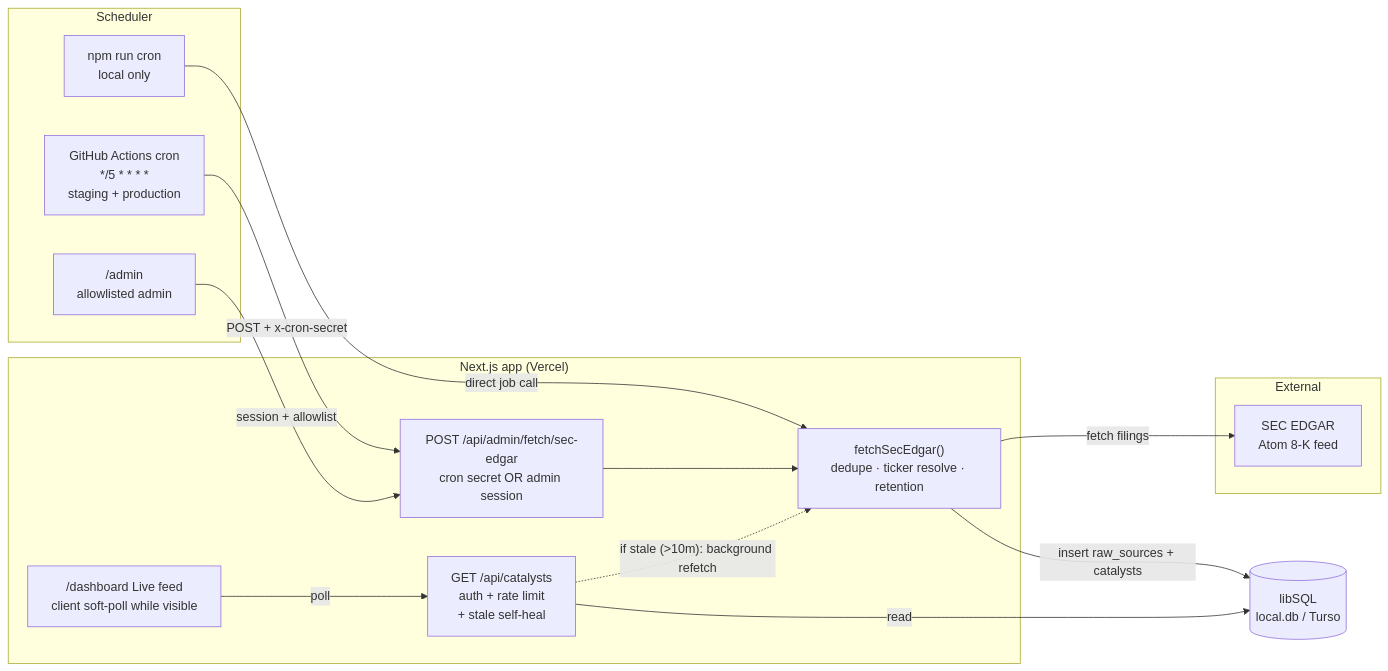
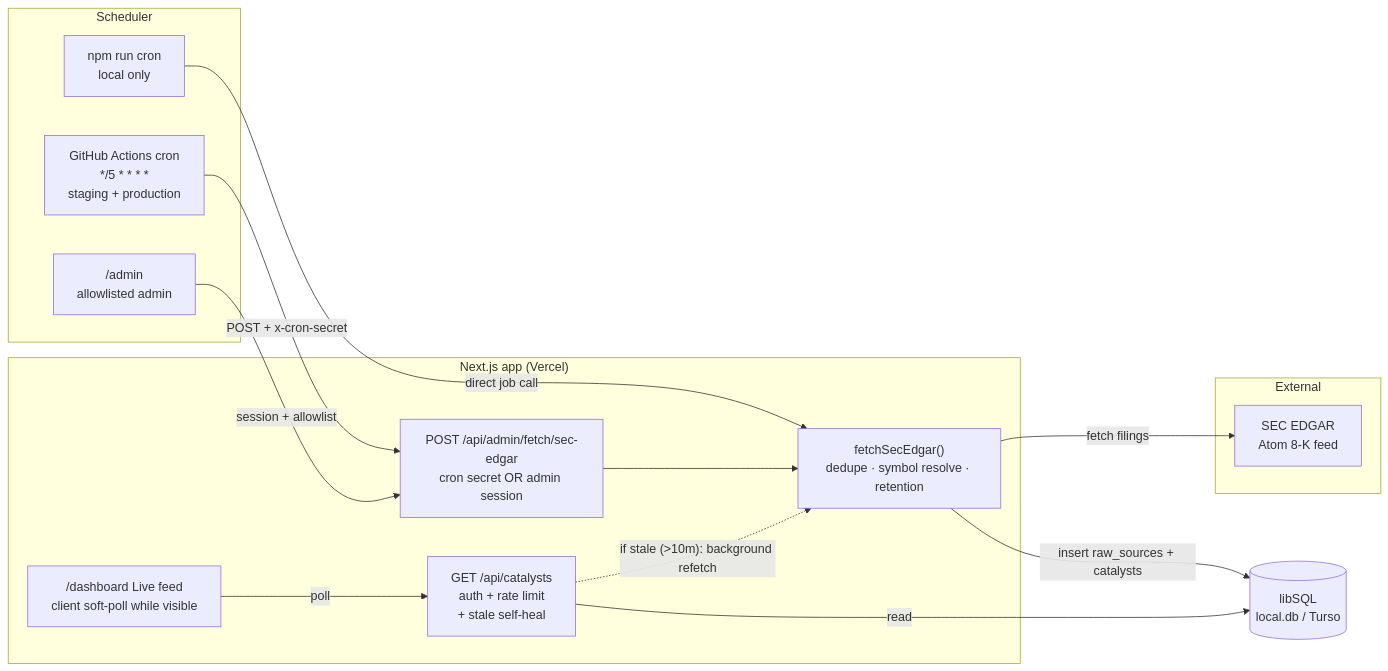
Before and after one commit to catalystintel/catalyst-intel: the first of 4 diagrams in docs/research/Catalyst-Intel-Architecture-Flow.md, drawn with Mermaid. The commit also changed other lines of this file and 100 other files, not shown here.

First line of the commit message:
refactor: use symbol instead of ticker as product terminology

````diff
--- a/docs/research/Catalyst-Intel-Architecture-Flow.md
+++ b/docs/research/Catalyst-Intel-Architecture-Flow.md
@@ -24,31 +24,31 @@
 ```mermaid
 flowchart LR
     subgraph External
         SEC["SEC EDGAR<br/>Atom 8-K feed"]
     end
 
     subgraph Scheduler
         GHA["GitHub Actions cron<br/>*/5 * * * *<br/>staging + production"]
         LocalCron["npm run cron<br/>local only"]
         AdminUI["/admin<br/>allowlisted admin"]
     end
 
     subgraph VercelApp["Next.js app (Vercel)"]
         FetchAPI["POST /api/admin/fetch/sec-edgar<br/>cron secret OR admin session"]
-        Job["fetchSecEdgar()<br/>dedupe · ticker resolve · retention"]
+        Job["fetchSecEdgar()<br/>dedupe · symbol resolve · retention"]
         CatalystsAPI["GET /api/catalysts<br/>auth + rate limit<br/>+ stale self-heal"]
         LiveUI["/dashboard Live feed<br/>client soft-poll while visible"]
     end
 
     DB[("libSQL<br/>local.db / Turso")]
 
     GHA -->|"POST + x-cron-secret"| FetchAPI
     LocalCron -->|"direct job call"| Job
     AdminUI -->|"session + allowlist"| FetchAPI
     FetchAPI --> Job
     Job -->|"fetch filings"| SEC
     Job -->|"insert raw_sources + catalysts"| DB
     LiveUI -->|"poll"| CatalystsAPI
     CatalystsAPI -->|"read"| DB
     CatalystsAPI -.->|"if stale (>10m): background refetch"| Job
 ```
````
